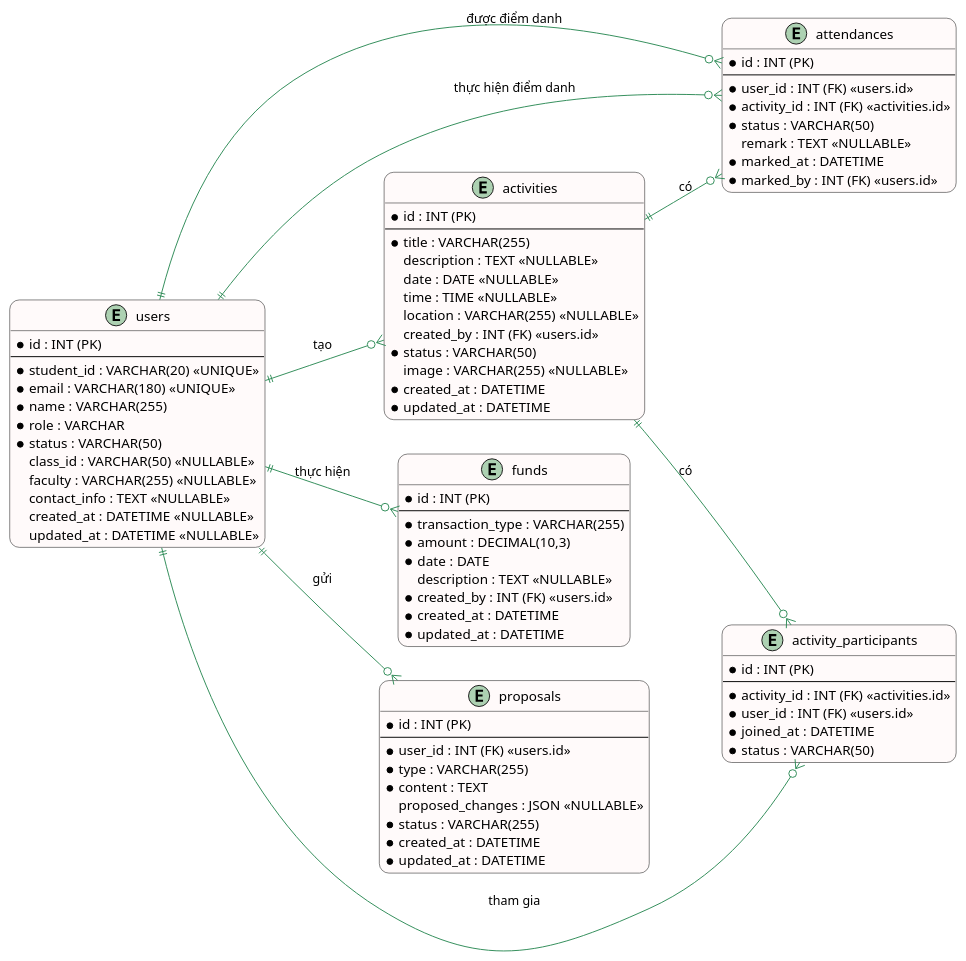
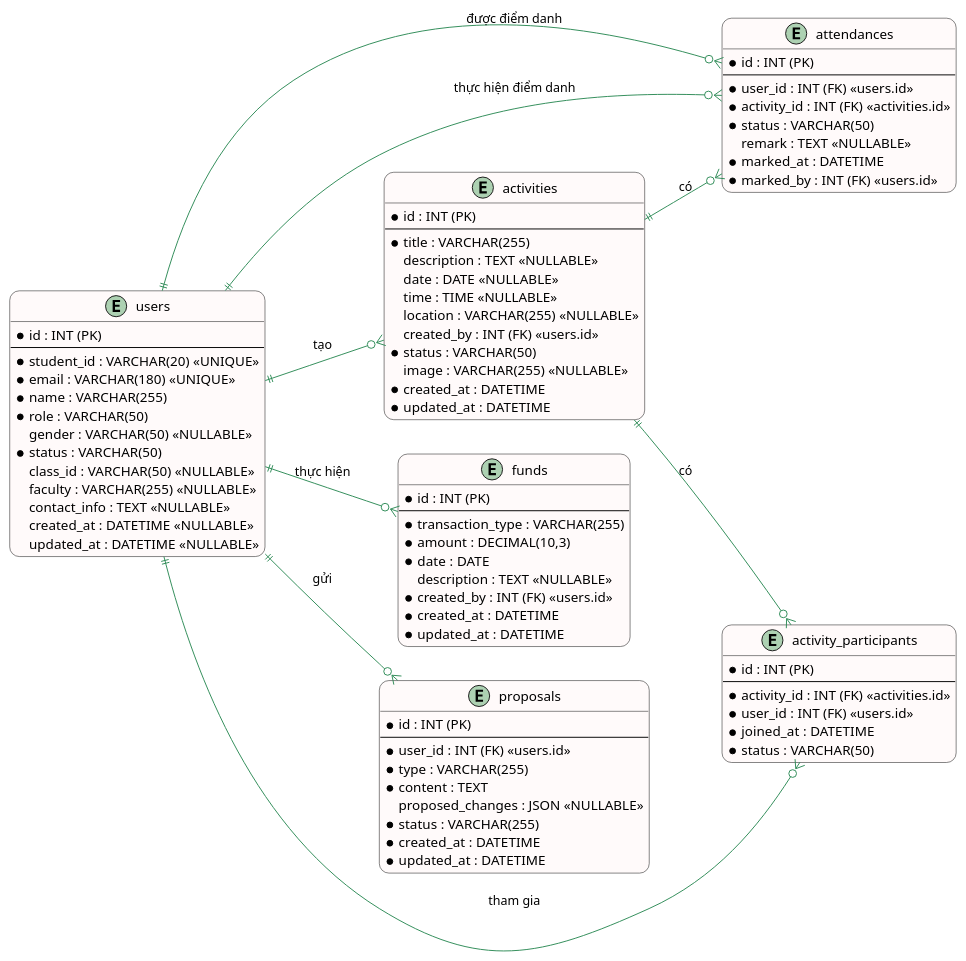
The diagram in d-database.plantuml (ThanhdatOris/BookClub_MS), drawn with PlantUML before and after one commit. The commit also changed 5 other files, not shown here.

```diff
--- a/d-database.plantuml
+++ b/d-database.plantuml
@@ -1,111 +1,112 @@
 @startuml
 ' Định nghĩa hướng của sơ đồ
 left to right direction
 
 ' Cấu hình hiển thị
 skinparam roundcorner 20
 skinparam class {
     BackgroundColor Snow
     ArrowColor SeaGreen
     BorderColor Black
 }
 
 entity "users" as users {
     *id : INT (PK)
     --
     *student_id : VARCHAR(20) <<UNIQUE>>
     *email : VARCHAR(180) <<UNIQUE>>
     *name : VARCHAR(255)
-    *role : VARCHAR
+    *role : VARCHAR(50)
+    gender : VARCHAR(50) <<NULLABLE>>
     *status : VARCHAR(50)
     class_id : VARCHAR(50) <<NULLABLE>>
     faculty : VARCHAR(255) <<NULLABLE>>
     contact_info : TEXT <<NULLABLE>>
     created_at : DATETIME <<NULLABLE>>
     updated_at : DATETIME <<NULLABLE>>
 }
 
 entity "activities" as activities {
     *id : INT (PK)
     --
     *title : VARCHAR(255)
     description : TEXT <<NULLABLE>>
     date : DATE <<NULLABLE>>
     time : TIME <<NULLABLE>>
     location : VARCHAR(255) <<NULLABLE>>
     created_by : INT (FK) <<users.id>>
     *status : VARCHAR(50)
     image : VARCHAR(255) <<NULLABLE>>
     *created_at : DATETIME
     *updated_at : DATETIME
 }
 
 entity "attendances" as attendances {
     *id : INT (PK)
     --
     *user_id : INT (FK) <<users.id>>
     *activity_id : INT (FK) <<activities.id>>
     *status : VARCHAR(50)
     remark : TEXT <<NULLABLE>>
     *marked_at : DATETIME
     *marked_by : INT (FK) <<users.id>>
 }
 
 entity "funds" as funds {
     *id : INT (PK)
     --
     *transaction_type : VARCHAR(255)
     *amount : DECIMAL(10,3)
     *date : DATE
     description : TEXT <<NULLABLE>>
     *created_by : INT (FK) <<users.id>>
     *created_at : DATETIME
     *updated_at : DATETIME
 }
 
 entity "proposals" as proposals {
     *id : INT (PK)
     --
     *user_id : INT (FK) <<users.id>>
     *type : VARCHAR(255)
     *content : TEXT
     proposed_changes : JSON <<NULLABLE>>
     *status : VARCHAR(255)
     *created_at : DATETIME
     *updated_at : DATETIME
 }
 
 entity "activity_participants" as activity_participants {
     *id : INT (PK)
     --
     *activity_id : INT (FK) <<activities.id>>
     *user_id : INT (FK) <<users.id>>
     *joined_at : DATETIME
     *status : VARCHAR(50)
 }
 
 ' Mối quan hệ giữa các bảng
 
 ' users - activities (created_by)
 users ||--o{ activities : "tạo"
 
 ' users - attendances (user_id và marked_by)
 users ||--o{ attendances : "được điểm danh"
 users ||--o{ attendances : "thực hiện điểm danh"
 
 ' activities - attendances (activity_id)
 activities ||--o{ attendances : "có"
 
 ' users - funds (created_by)
 users ||--o{ funds : "thực hiện"
 
 ' users - proposals (user_id)
 users ||--o{ proposals : "gửi"
 
 ' activities - activity_participants (activity_id)
 activities ||--o{ activity_participants : "có"
 
 ' users - activity_participants (user_id)
 users ||--o{ activity_participants : "tham gia"
 
 @enduml
```
